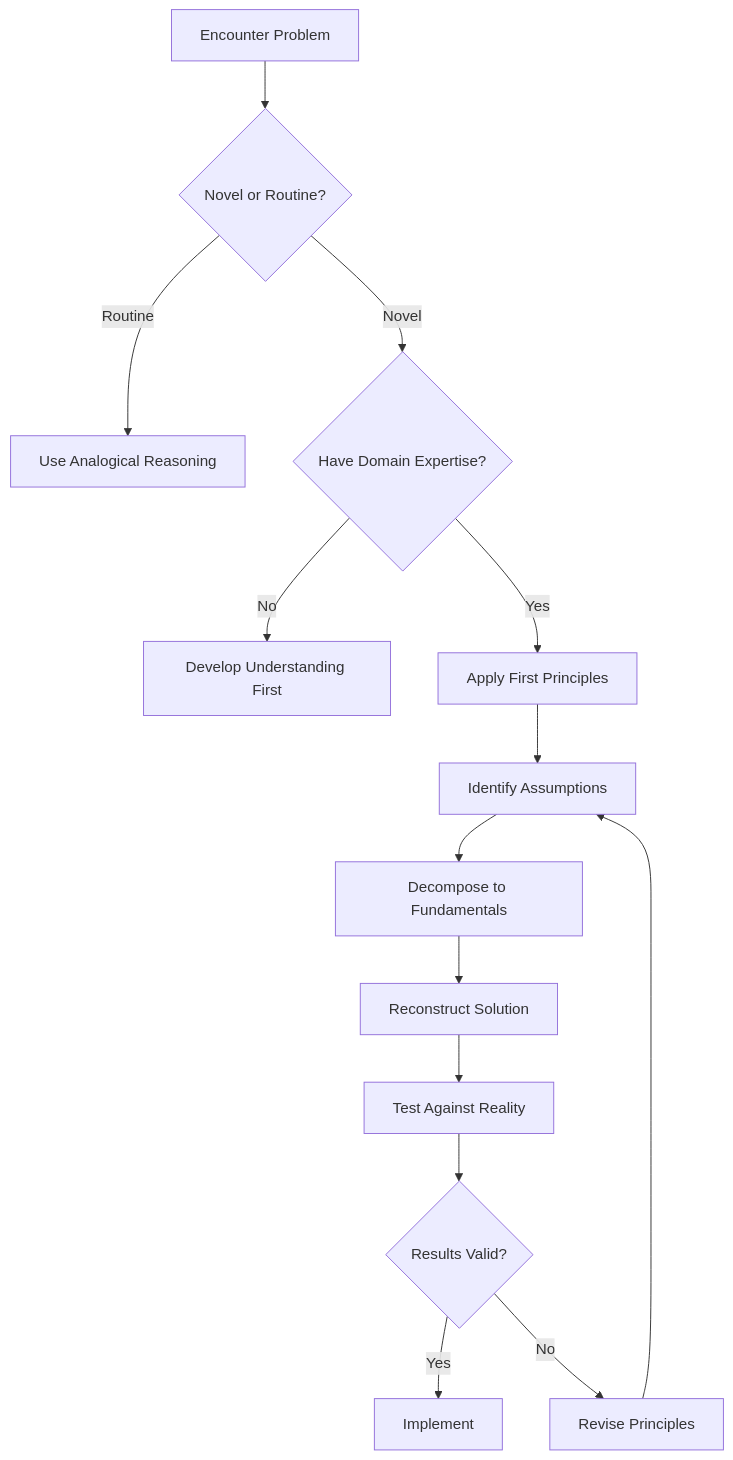
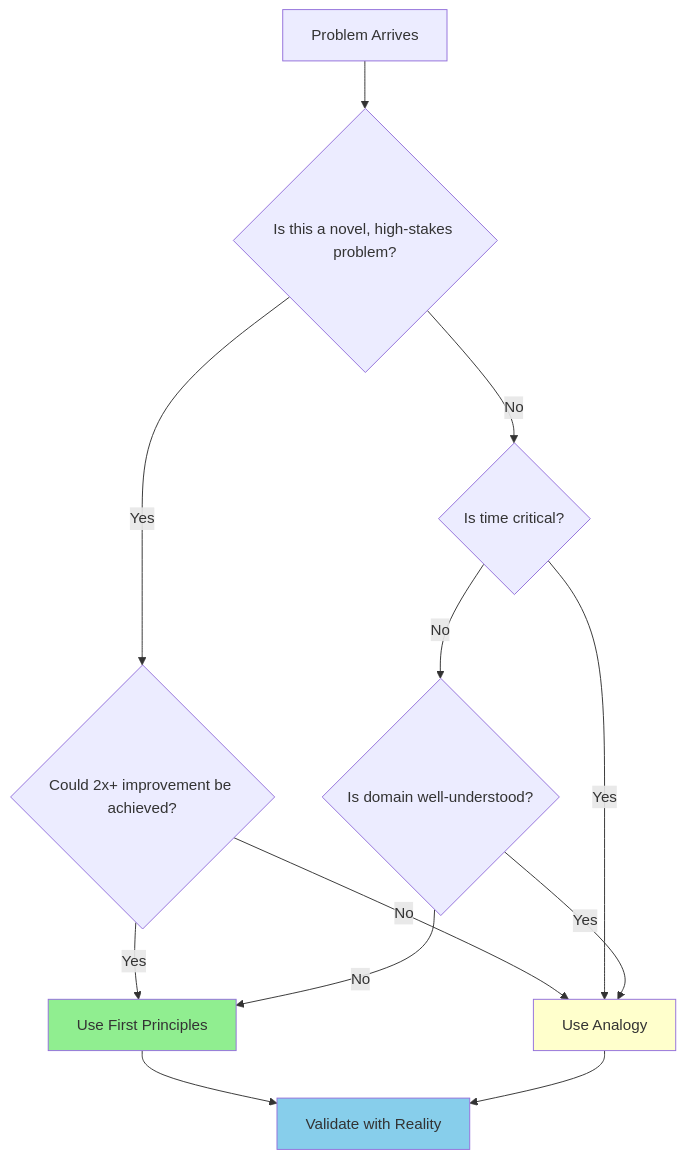
One commit to dkphung/research-vault changed the fifth of 5 diagrams in first-principles-thinking.md. Above: the diagram before and after it, drawn with Mermaid. The commit also changed other lines of this file, not shown here.

First line of the commit message:
docs: revise first principles thinking research

````diff
--- a/first-principles-thinking.md
+++ b/first-principles-thinking.md
@@ -429,16 +465,19 @@
 ```mermaid
 flowchart TD
-    A[Encounter Problem] --> B{Novel or Routine?}
-    B -->|Routine| C[Use Analogical Reasoning]
-    B -->|Novel| D{Have Domain Expertise?}
-    D -->|No| E[Develop Understanding First]
-    D -->|Yes| F[Apply First Principles]
-    F --> G[Identify Assumptions]
-    G --> H[Decompose to Fundamentals]
-    H --> I[Reconstruct Solution]
-    I --> J[Test Against Reality]
-    J --> K{Results Valid?}
-    K -->|Yes| L[Implement]
-    K -->|No| M[Revise Principles]
-    M --> G
+    P[Problem Arrives] --> Q1{Is this a novel, high-stakes problem?}
+    Q1 -->|Yes| Q2{Could 2x+ improvement be achieved?}
+    Q2 -->|Yes| FP[Use First Principles]
+    Q2 -->|No| AN[Use Analogy]
+    Q1 -->|No| Q3{Is time critical?}
+    Q3 -->|Yes| AN
+    Q3 -->|No| Q4{Is domain well-understood?}
+    Q4 -->|Yes| AN
+    Q4 -->|No| FP
+
+    FP --> V[Validate with Reality]
+    AN --> V
+
+    style FP fill:#90EE90
+    style AN fill:#ffffcc
+    style V fill:#87CEEB
 ```
````
